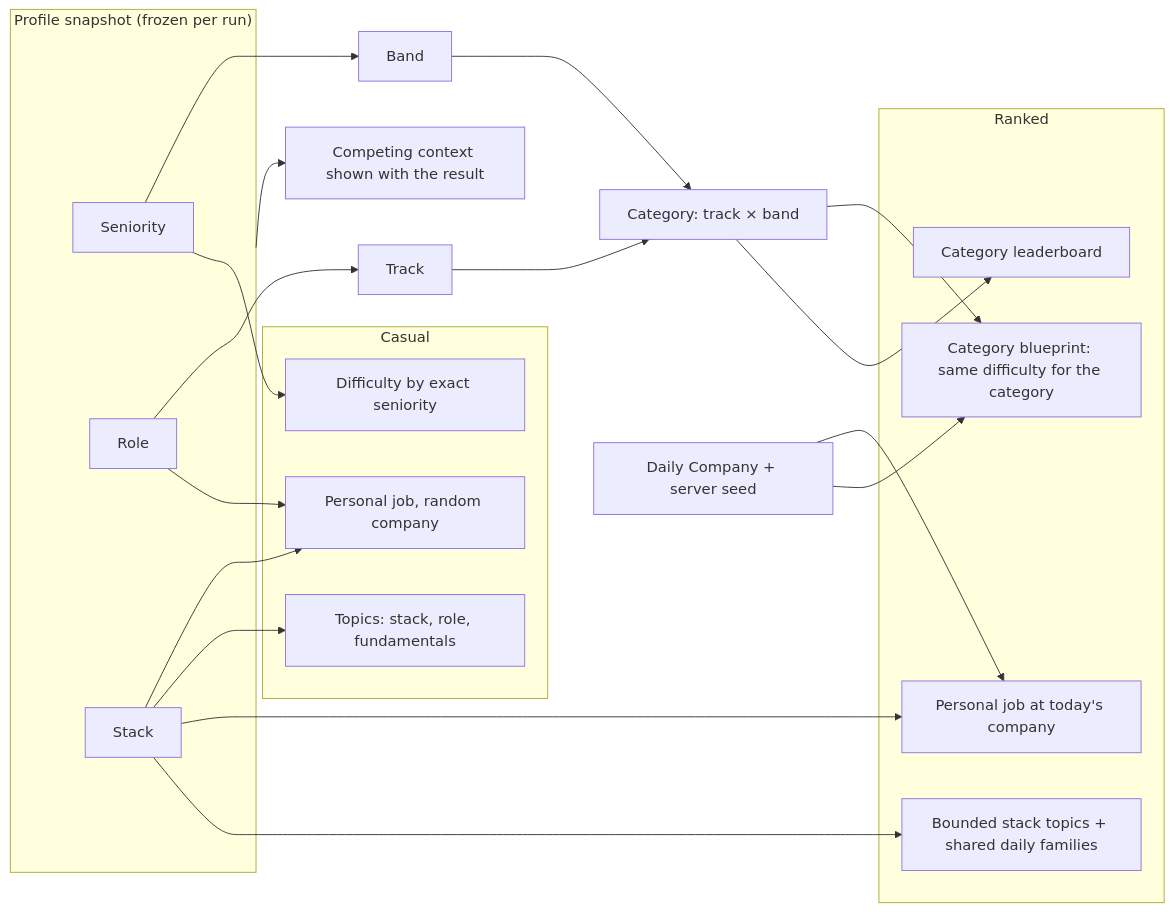
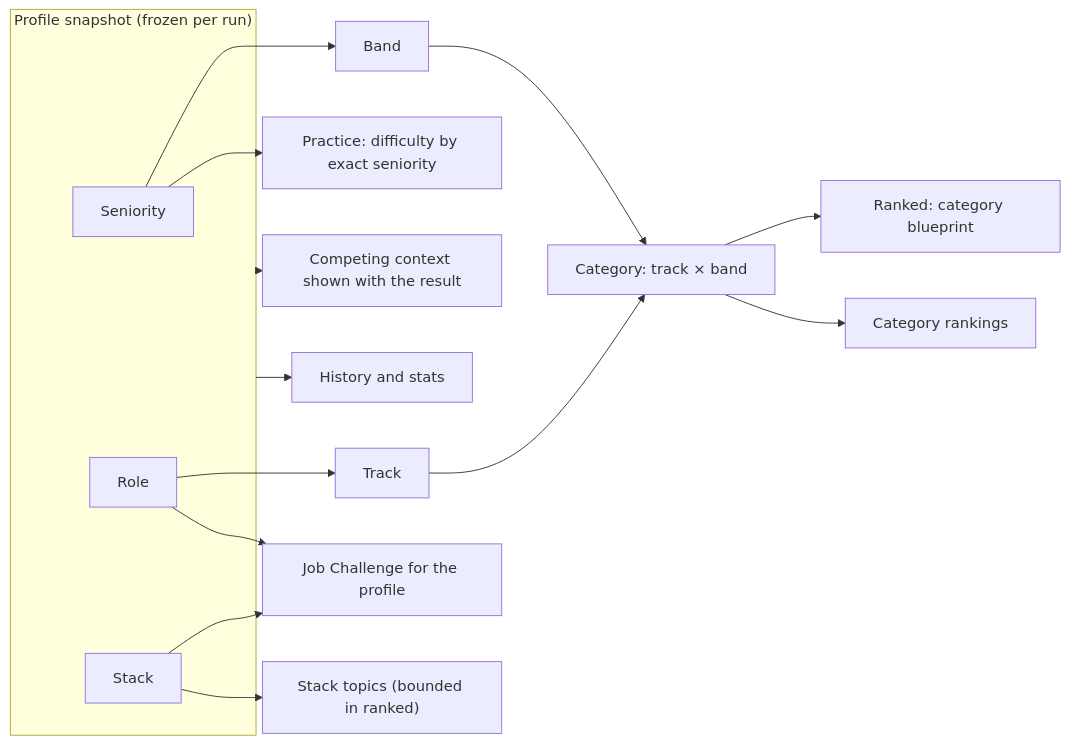
Before and after one commit to ricardoverita/cv-rush: the diagram in docs/product/game-modes.md, drawn with Mermaid. The commit also changed other lines of this file and 39 other files, not shown here.

````diff
--- a/docs/product/game-modes.md
+++ b/docs/product/game-modes.md
@@ -136,34 +132,20 @@
 ```mermaid
 flowchart LR
   subgraph snapshot["Profile snapshot (frozen per run)"]
     pSeniority["Seniority"]
     pRole["Role"]
     pStack["Stack"]
   end
   pSeniority --> band["Band"]
   pRole --> track["Track"]
   band --> category["Category: track × band"]
   track --> category
-  subgraph casual["Casual"]
-    cJob["Personal job, random company"]
-    cDiff["Difficulty by exact seniority"]
-    cTopics["Topics: stack, role, fundamentals"]
-  end
-  subgraph ranked["Ranked"]
-    rJob["Personal job at today's company"]
-    rBlueprint["Category blueprint: same difficulty for the category"]
-    rTopics["Bounded stack topics + shared daily families"]
-    rBoard["Category leaderboard"]
-  end
-  pSeniority --> cDiff
-  pRole --> cJob
-  pStack --> cJob
-  pStack --> cTopics
-  pStack --> rJob
-  pStack --> rTopics
-  category --> rBlueprint
-  category --> rBoard
-  daily["Daily Company + server seed"] --> rJob
-  daily --> rBlueprint
+  pStack --> job["Job Challenge for the profile"]
+  pRole --> job
+  pSeniority --> practiceDiff["Practice: difficulty by exact seniority"]
+  category --> rankedDiff["Ranked: category blueprint"]
+  category --> rankings["Category rankings"]
+  pStack --> topics["Stack topics (bounded in ranked)"]
   snapshot --> context["Competing context shown with the result"]
+  snapshot --> stats["History and stats"]
 ```
````
